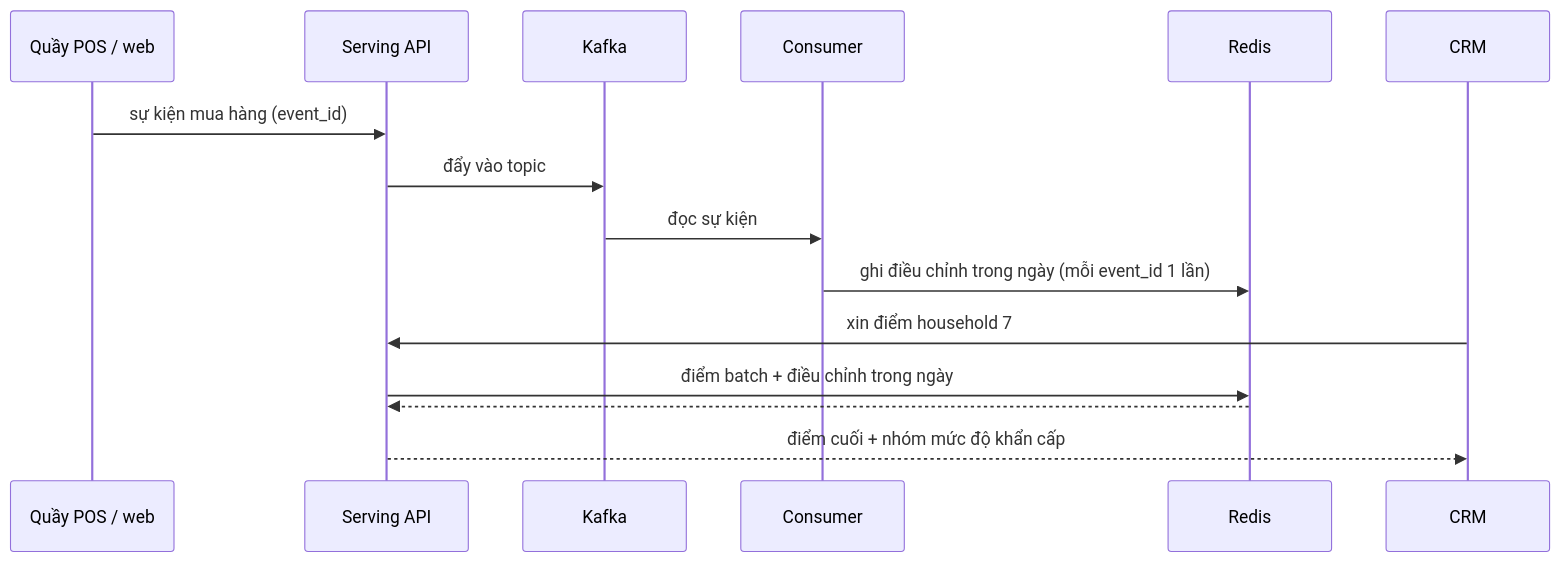
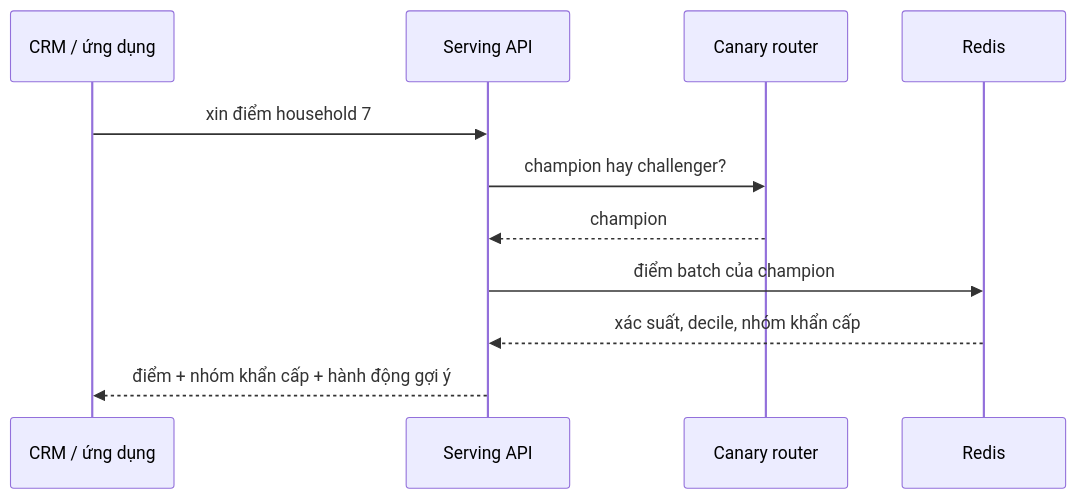
Before and after one commit to kien3007/PropensityModel: the fourth of 5 diagrams in docs/architecture/ARCHITECTURE.md, drawn with Mermaid. The commit also changed other lines of this file and 37 other files, not shown here.

````diff
--- a/docs/architecture/ARCHITECTURE.md
+++ b/docs/architecture/ARCHITECTURE.md
@@ -79,19 +76,14 @@
 ```mermaid
 sequenceDiagram
-    participant POS as Quầy POS / web
+    participant CRM as CRM / ứng dụng
     participant API as Serving API
-    participant K as Kafka
-    participant W as Consumer
+    participant C as Canary router
     participant R as Redis
-    participant CRM as CRM
-
-    POS->>API: sự kiện mua hàng (event_id)
-    API->>K: đẩy vào topic
-    K->>W: đọc sự kiện
-    W->>R: ghi điều chỉnh trong ngày (mỗi event_id 1 lần)
 
     CRM->>API: xin điểm household 7
-    API->>R: điểm batch + điều chỉnh trong ngày
-    R-->>API:
-    API-->>CRM: điểm cuối + nhóm mức độ khẩn cấp
+    API->>C: champion hay challenger?
+    C-->>API: champion
+    API->>R: điểm batch của champion
+    R-->>API: xác suất, decile, nhóm khẩn cấp
+    API-->>CRM: điểm + nhóm khẩn cấp + hành động gợi ý
 ```
````
